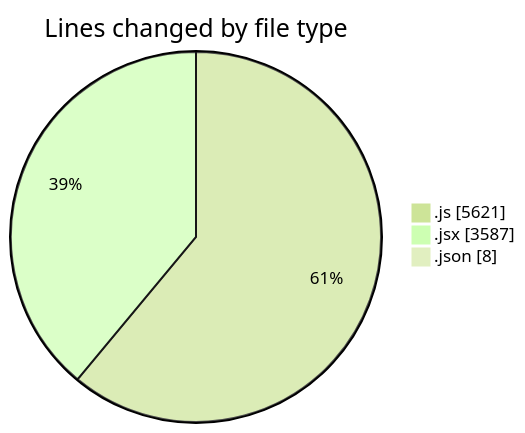
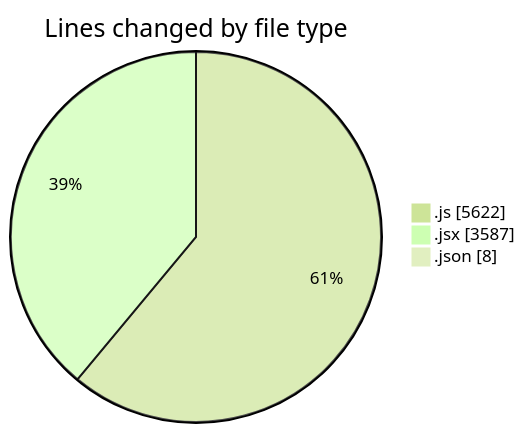
One commit to nxtqubesakshisongat/code-tracking changed the first of 2 diagrams in 2025-07-23/nxtqube_webapp/README.md. Above: the diagram before and after it, drawn with Mermaid (forest theme). The commit also changed other lines of this file and 1 other file, not shown here.

````diff
--- a/2025-07-23/nxtqube_webapp/README.md
+++ b/2025-07-23/nxtqube_webapp/README.md
@@ -62,7 +62,7 @@
 ```mermaid
 pie showData
 title Lines changed by file type
-".js" : 5621
+".js" : 5622
 ".jsx" : 3587
 ".json" : 8
 ```
````
